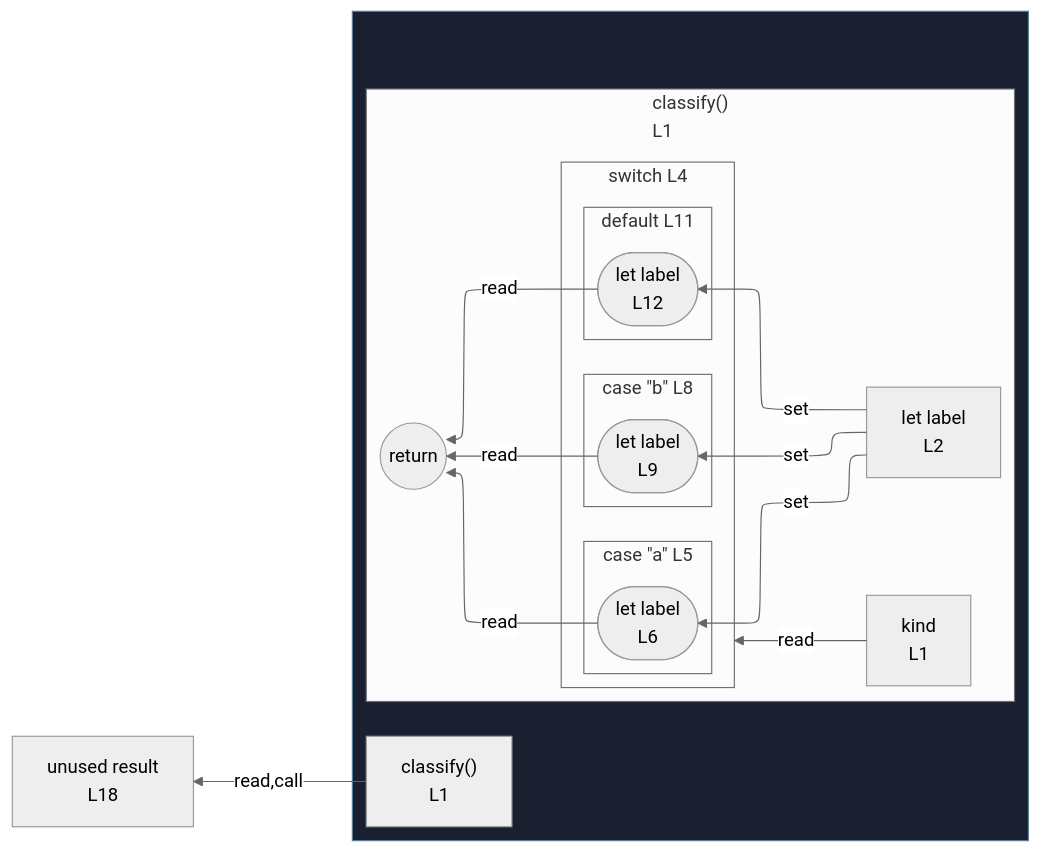
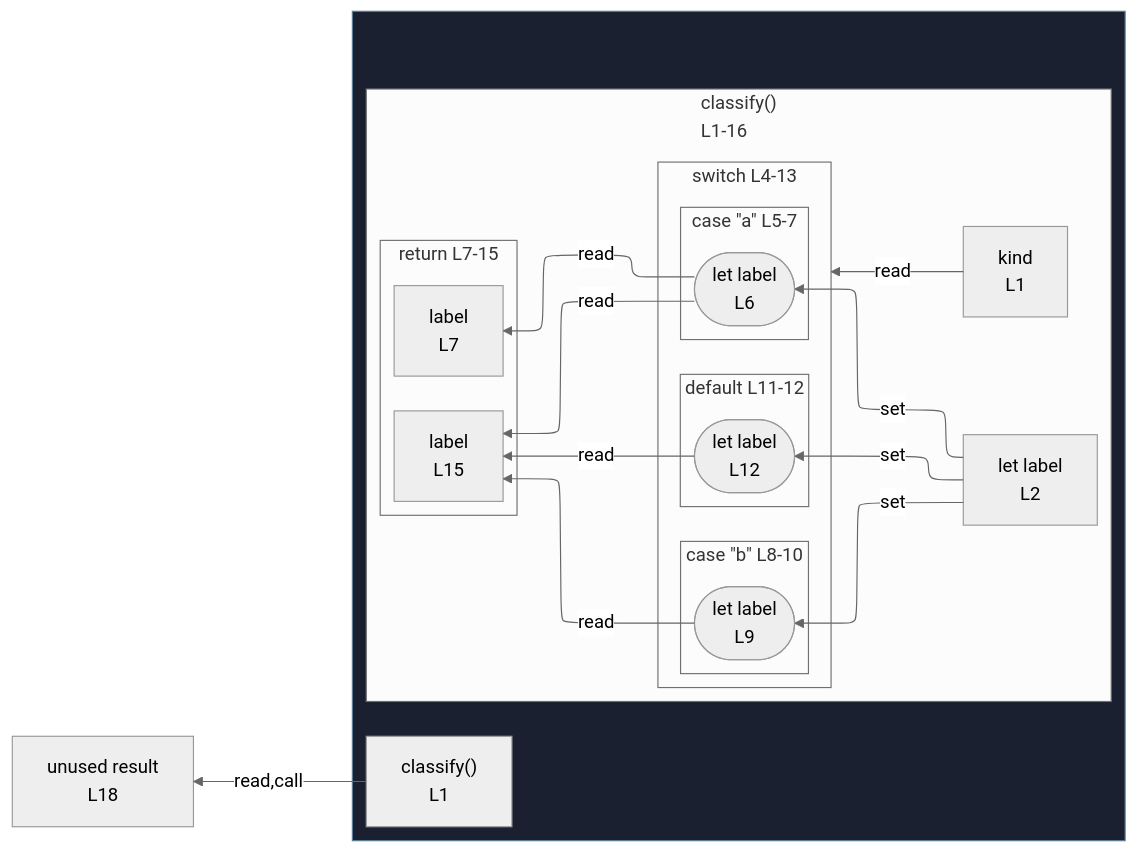
One commit to crescware/unsnarl changed the diagram in integration/fixtures/control-switch-return/preview.md. Above: the diagram before and after it, drawn with Mermaid (neutral theme). The commit also changed 125 other files, not shown here.

````diff
--- a/integration/fixtures/control-switch-return/preview.md
+++ b/integration/fixtures/control-switch-return/preview.md
@@ -28,40 +28,45 @@
 ```mermaid
 %%{init: {"flowchart": {"defaultRenderer": "elk"}}}%%
 flowchart RL
   n_scope_0_result_243["unused result<br/>L18"]
   subgraph wrap_s_scope_1[" "]
     direction TB
     n_scope_0_classify_9["classify()<br/>L1"]
-    subgraph s_scope_1["classify()<br/>L1"]
+    subgraph s_scope_1["classify()<br/>L1-16"]
       direction RL
-      return_scope_0_classify_9((return))
       n_scope_1_kind_18["kind<br/>L1"]
       n_scope_1_label_40["let label<br/>L2"]
-      subgraph s_scope_2["switch L4"]
+      subgraph s_return_scope_0_classify_9["return L7-15"]
         direction RL
-        subgraph s_scope_3["case &quot;a&quot; L5"]
+        ret_use_ref_2["label<br/>L7"]
+        ret_use_ref_5["label<br/>L15"]
+      end
+      subgraph s_scope_2["switch L4-13"]
+        direction RL
+        subgraph s_scope_3["case &quot;a&quot; L5-7"]
           direction RL
           wr_ref_1(["let label<br/>L6"])
         end
-        subgraph s_scope_4["case &quot;b&quot; L8"]
+        subgraph s_scope_4["case &quot;b&quot; L8-10"]
           direction RL
           wr_ref_3(["let label<br/>L9"])
         end
-        subgraph s_scope_5["default L11"]
+        subgraph s_scope_5["default L11-12"]
           direction RL
           wr_ref_4(["let label<br/>L12"])
         end
       end
     end
   end
   n_scope_1_label_40 -->|set| wr_ref_1
   n_scope_1_label_40 -->|set| wr_ref_3
   n_scope_1_label_40 -->|set| wr_ref_4
   n_scope_1_kind_18 -->|read| s_scope_2
-  wr_ref_1 -->|read| return_scope_0_classify_9
-  wr_ref_3 -->|read| return_scope_0_classify_9
-  wr_ref_4 -->|read| return_scope_0_classify_9
+  wr_ref_1 -->|read| ret_use_ref_2
+  wr_ref_1 -->|read| ret_use_ref_5
+  wr_ref_3 -->|read| ret_use_ref_5
+  wr_ref_4 -->|read| ret_use_ref_5
   n_scope_0_classify_9 -->|read,call| n_scope_0_result_243
   classDef fnWrap fill:#1a2030,stroke:#5a7d99;
   class wrap_s_scope_1 fnWrap;
 ```
````
